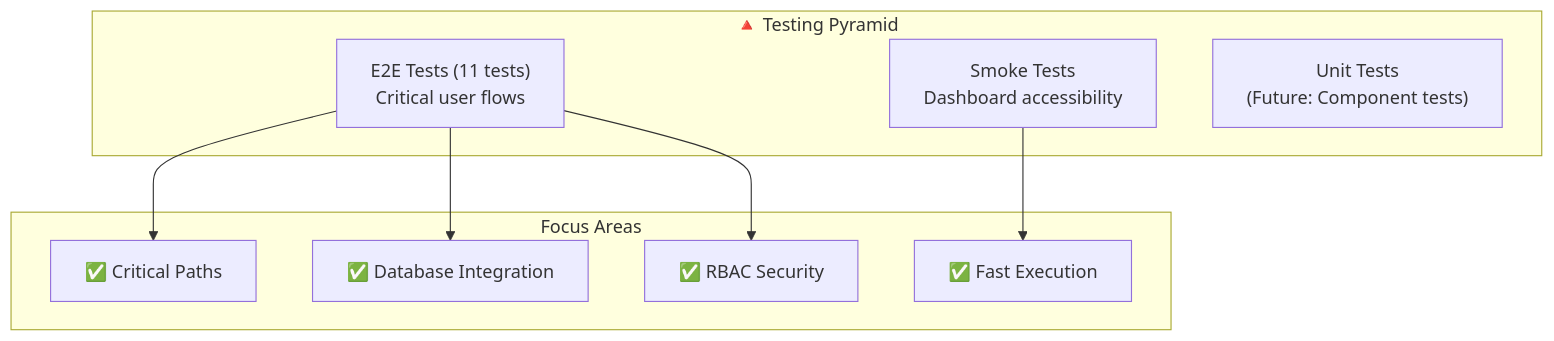
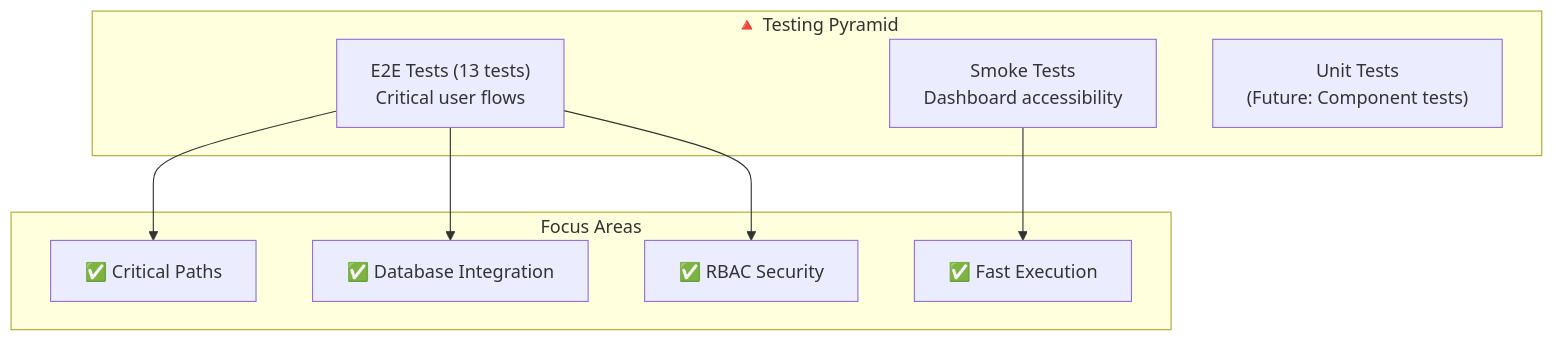
Before and after one commit to blackjac7/website-school-smpipyakin: the first of 4 diagrams in docs/TESTING.md, drawn with Mermaid. The commit also changed other lines of this file and 10 other files, not shown here.

````diff
--- a/docs/TESTING.md
+++ b/docs/TESTING.md
@@ -28,20 +28,20 @@
 ```mermaid
 graph TB
     subgraph Pyramid["🔺 Testing Pyramid"]
-        E2E["E2E Tests (11 tests)<br/>Critical user flows"]
+        E2E["E2E Tests (13 tests)<br/>Critical user flows"]
         Smoke["Smoke Tests<br/>Dashboard accessibility"]
         Unit["Unit Tests<br/>(Future: Component tests)"]
     end
 
     subgraph Focus["Focus Areas"]
         Critical["✅ Critical Paths"]
         DB["✅ Database Integration"]
         RBAC["✅ RBAC Security"]
         Speed["✅ Fast Execution"]
     end
 
     E2E --> Critical
     E2E --> DB
     E2E --> RBAC
     Smoke --> Speed
 ```
````
